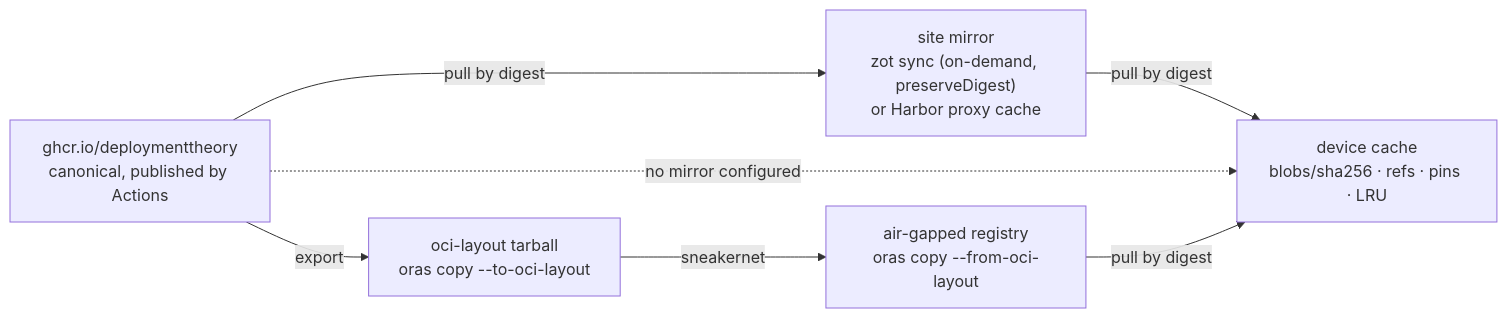
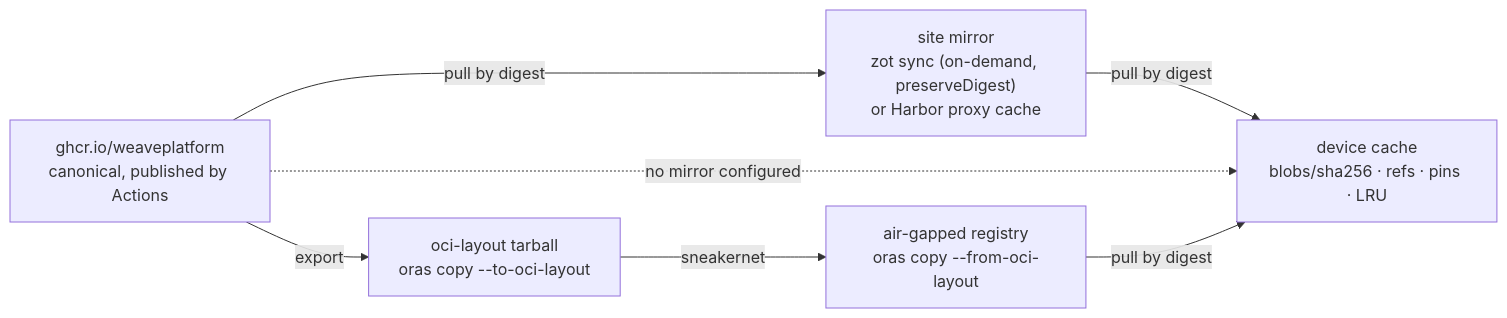
The diagram in docs/research/04-registries-and-github.md (weaveplatform/weaveplatform-oci), drawn with Mermaid before and after one commit. The commit also changed other lines of this file and 113 other files, not shown here.

````diff
--- a/docs/research/04-registries-and-github.md
+++ b/docs/research/04-registries-and-github.md
@@ -180,14 +180,14 @@
 ```mermaid
 flowchart LR
-    gh["ghcr.io/deploymenttheory<br/>canonical, published by Actions"]
+    gh["ghcr.io/weaveplatform<br/>canonical, published by Actions"]
     zot["site mirror<br/>zot sync (on-demand, preserveDigest)<br/>or Harbor proxy cache"]
     cache["device cache<br/>blobs/sha256 · refs · pins · LRU"]
     layout["oci-layout tarball<br/>oras copy --to-oci-layout"]
     air["air-gapped registry<br/>oras copy --from-oci-layout"]
     gh -->|"pull by digest"| zot
     zot -->|"pull by digest"| cache
     gh -.->|"no mirror configured"| cache
     gh -->|"export"| layout
     layout -->|"sneakernet"| air
     air -->|"pull by digest"| cache
 ```
````
